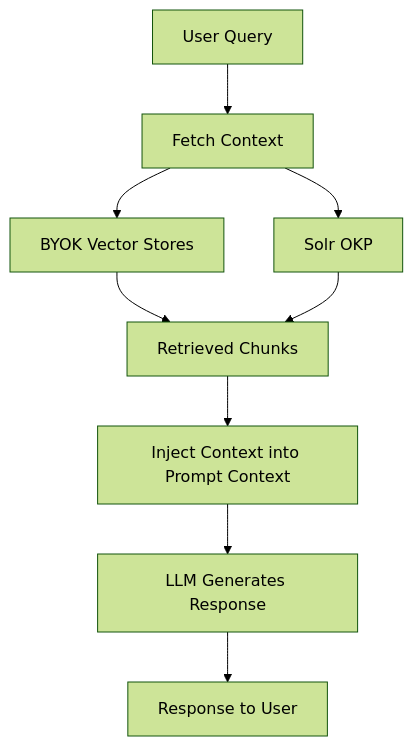
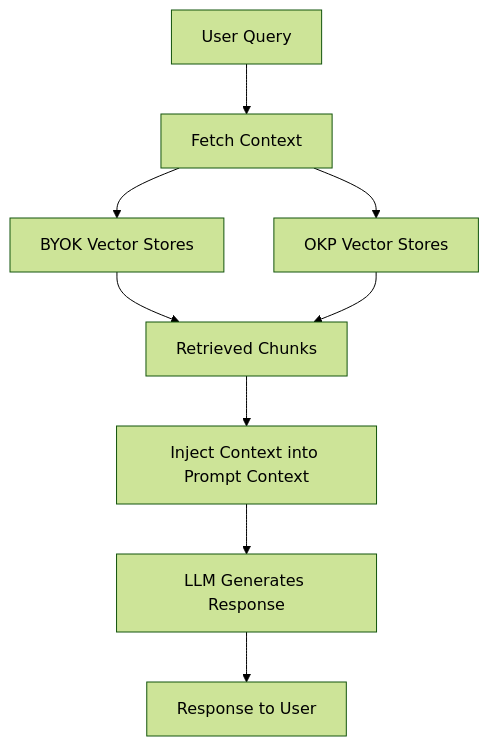
The first of 2 diagrams in docs/byok_guide.md (lightspeed-core/lightspeed-stack), drawn with Mermaid (forest theme) before and after one commit. The commit also changed other lines of this file and 18 other files, not shown here.

Commit message:
Address review: rename always RAG to inline RAG, Solr config to OKP, fix query mutation

````diff
--- a/docs/byok_guide.md
+++ b/docs/byok_guide.md
@@ -43,11 +43,11 @@
 ```mermaid
 graph TD
     A[User Query] --> B[Fetch Context]
     B --> C[BYOK Vector Stores]
-    B --> D[Solr OKP]
+    B --> D[OKP Vector Stores]
     C --> E[Retrieved Chunks]
     D --> E
     E --> F[Inject Context into Prompt Context]
     F --> G[LLM Generates Response]
     G --> H[Response to User]
 ```
````
